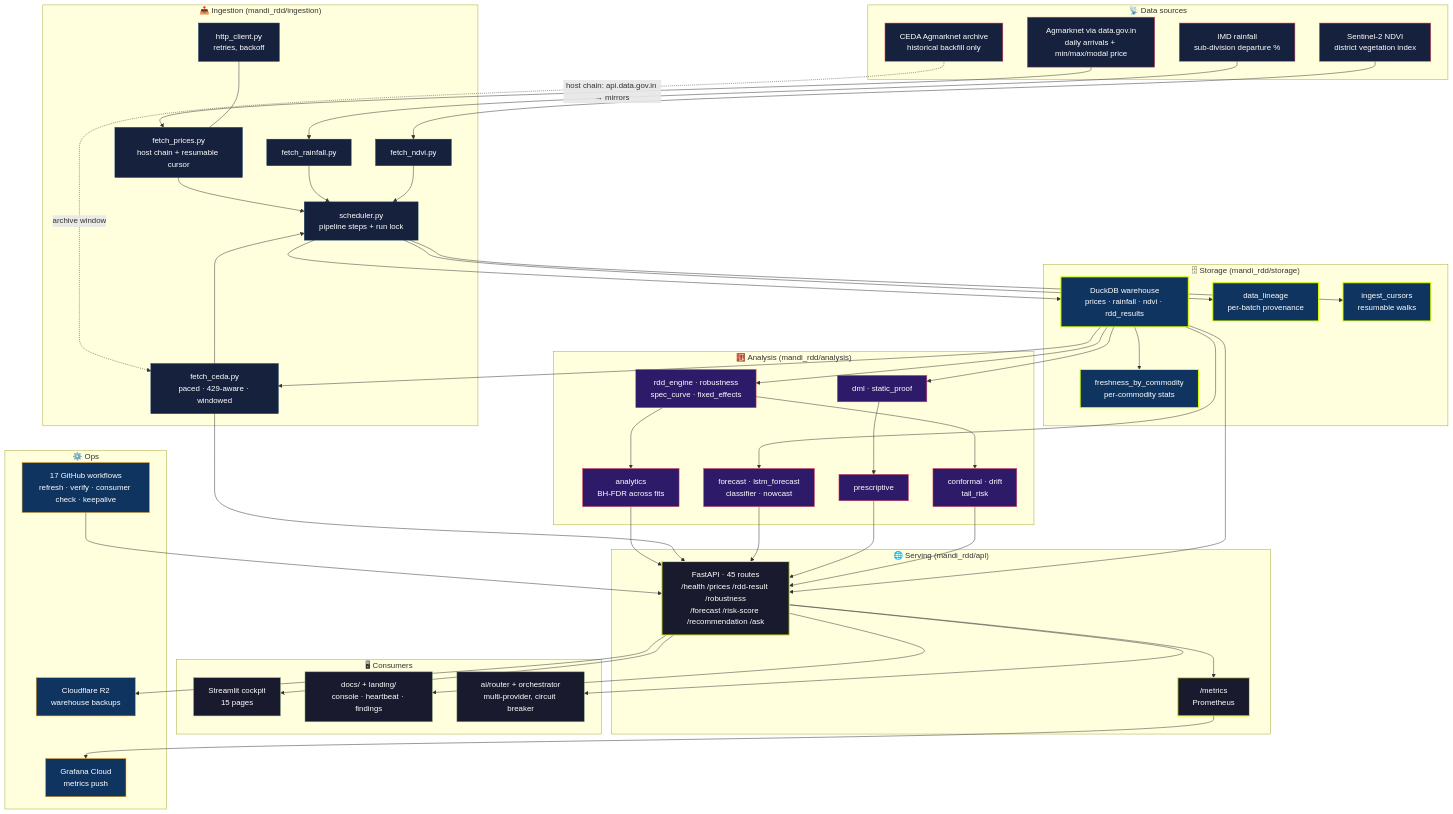
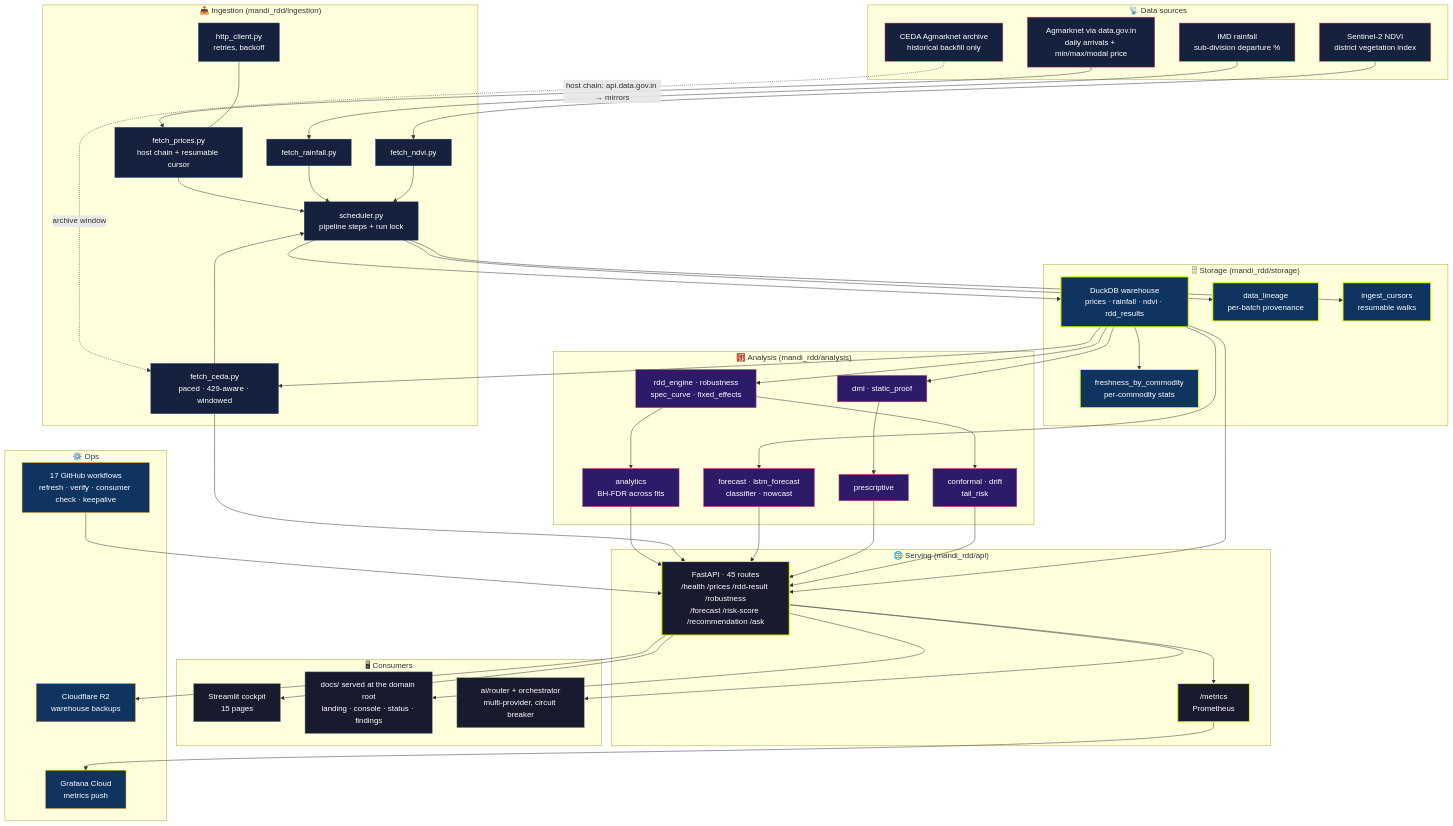
One commit to flawsom/MandiIQ changed the second of 3 diagrams in README.md. Above: the diagram before and after it, drawn with Mermaid. The commit also changed other lines of this file and 12 other files, not shown here.

```diff
--- a/README.md
+++ b/README.md
@@ -398,7 +398,7 @@
 
     subgraph CON["🖥 Consumers"]
         DASH["Streamlit cockpit<br/>15 pages"]
-        SITE["docs/ + landing/<br/>console · heartbeat · findings"]
+        SITE["docs/ served at the domain root<br/>landing · console · status · findings"]
         AI["ai/router + orchestrator<br/>multi-provider, circuit breaker"]
     end
 
```
